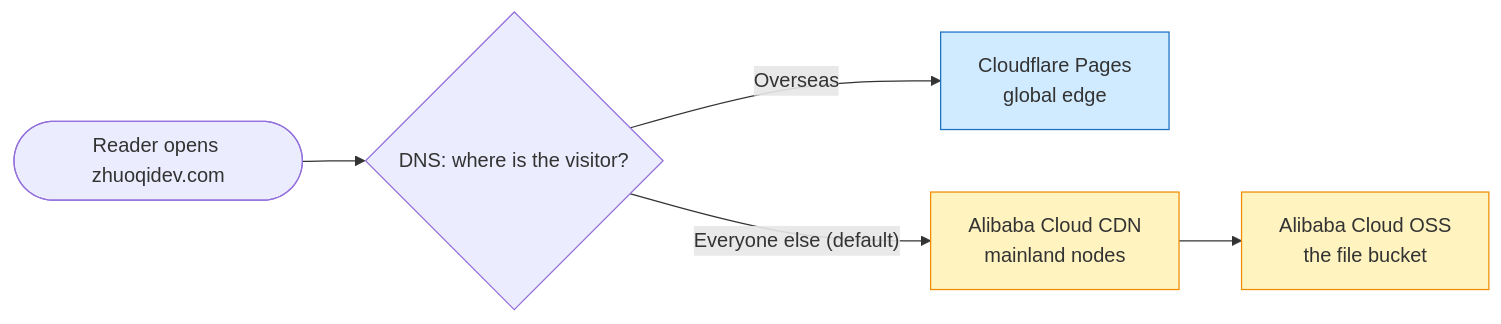
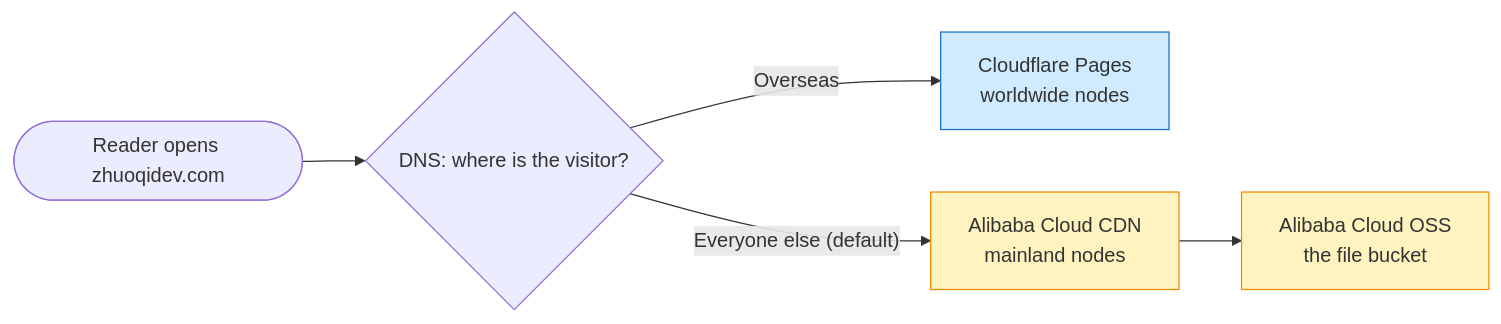
The first of 2 diagrams in src/content/posts/hugo-dual-cdn-blog/en.md (YouToco/zhuoqidev.com), drawn with Mermaid before and after one commit. The commit also changed other lines of this file and 7 other files, not shown here.

````diff
--- a/src/content/posts/hugo-dual-cdn-blog/en.md
+++ b/src/content/posts/hugo-dual-cdn-blog/en.md
@@ -66,11 +75,11 @@
 ```mermaid
 flowchart LR
     R(["Reader opens zhuoqidev.com"]) --> D{"DNS: where is the visitor?"}
-    D -->|"Overseas"| CF["Cloudflare Pages<br>global edge"]
+    D -->|"Overseas"| CF["Cloudflare Pages<br>worldwide nodes"]
     D -->|"Everyone else (default)"| CDN["Alibaba Cloud CDN<br>mainland nodes"]
     CDN --> OSS["Alibaba Cloud OSS<br>the file bucket"]
     classDef cn fill:#fff3bf,stroke:#f08c00
     classDef os fill:#d0ebff,stroke:#1971c2
     class CDN,OSS cn
     class CF os
 ```
````
